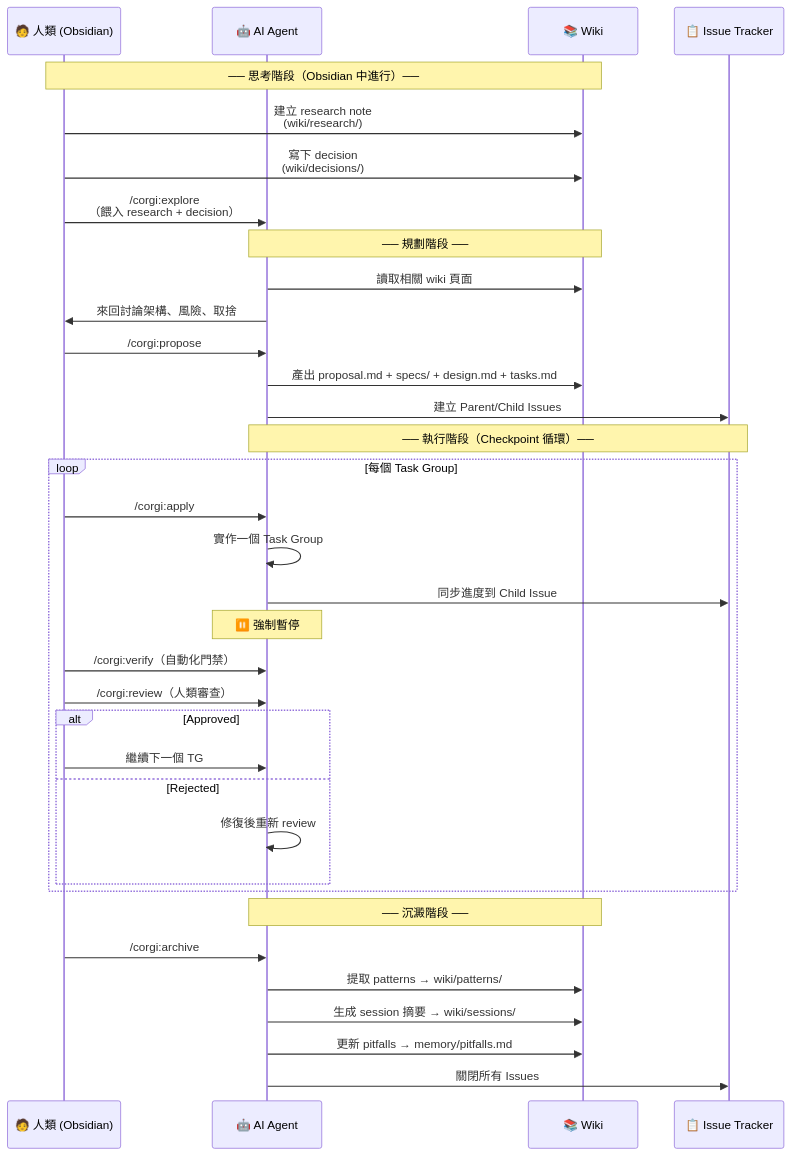
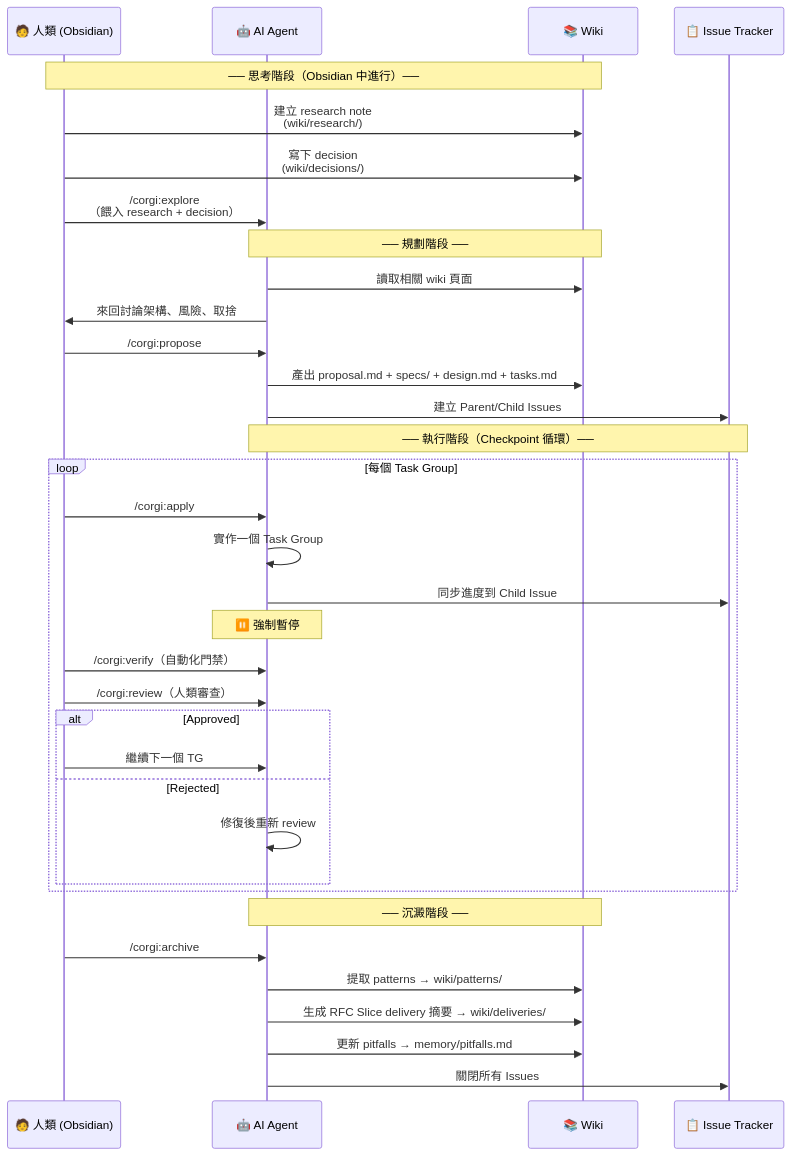
One commit to ricoyudog/Coding_Corgi_flow changed the second of 4 diagrams in docs/articles/obsidian-pm-corgi-dev-zhihu.md. Above: the diagram before and after it, drawn with Mermaid. The commit also changed other lines of this file and 263 other files, not shown here.

````diff
--- a/docs/articles/obsidian-pm-corgi-dev-zhihu.md
+++ b/docs/articles/obsidian-pm-corgi-dev-zhihu.md
@@ -116,41 +116,41 @@
 ```mermaid
 sequenceDiagram
     participant H as 🧑 人類 (Obsidian)
     participant A as 🤖 AI Agent
     participant W as 📚 Wiki
     participant I as 📋 Issue Tracker
 
     Note over H,W: ── 思考階段（Obsidian 中進行）──
     H->>W: 建立 research note<br/>(wiki/research/)
     H->>W: 寫下 decision<br/>(wiki/decisions/)
     H->>A: /corgi:explore<br/>（餵入 research + decision）
 
     Note over A,W: ── 規劃階段 ──
     A->>W: 讀取相關 wiki 頁面
     A->>H: 來回討論架構、風險、取捨
     H->>A: /corgi:propose
     A->>W: 產出 proposal.md + specs/ + design.md + tasks.md
     A->>I: 建立 Parent/Child Issues
 
     Note over A,I: ── 執行階段（Checkpoint 循環）──
     loop 每個 Task Group
         H->>A: /corgi:apply
         A->>A: 實作一個 Task Group
         A->>I: 同步進度到 Child Issue
         Note over A: ⏸️ 強制暫停
         H->>A: /corgi:verify（自動化門禁）
         H->>A: /corgi:review（人類審查）
         alt Approved
             H->>A: 繼續下一個 TG
         else Rejected
             A->>A: 修復後重新 review
         end
     end
 
     Note over A,W: ── 沉澱階段 ──
     H->>A: /corgi:archive
     A->>W: 提取 patterns → wiki/patterns/
-    A->>W: 生成 session 摘要 → wiki/sessions/
+    A->>W: 生成 RFC Slice delivery 摘要 → wiki/deliveries/
     A->>W: 更新 pitfalls → memory/pitfalls.md
     A->>I: 關閉所有 Issues
 ```
````
